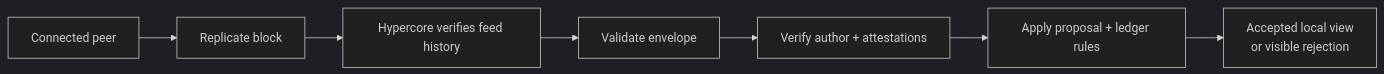
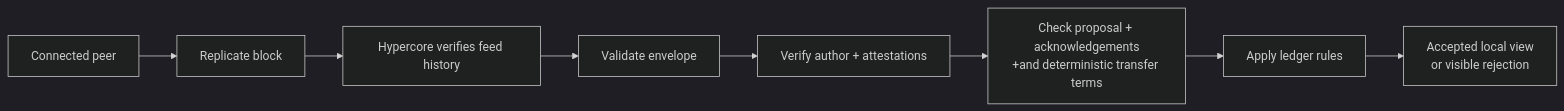
Before and after one commit to matthewlovestocode/peer-hours: the diagram in docs/education/38-replicated-is-not-trusted.md, drawn with Mermaid (dark theme). The commit also changed other lines of this file and 62 other files, not shown here.

````diff
--- a/docs/education/38-replicated-is-not-trusted.md
+++ b/docs/education/38-replicated-is-not-trusted.md
@@ -5,9 +5,10 @@
 ```mermaid
 flowchart LR
   N["Connected peer"] --> R["Replicate block"]
   R --> H["Hypercore verifies feed history"]
   H --> E["Validate envelope"]
   E --> I["Verify author + attestations"]
-  I --> L["Apply proposal + ledger rules"]
+  I --> C["Check proposal + acknowledgements\n+and deterministic transfer terms"]
+  C --> L["Apply ledger rules"]
   L --> A["Accepted local view\nor visible rejection"]
 ```
````
